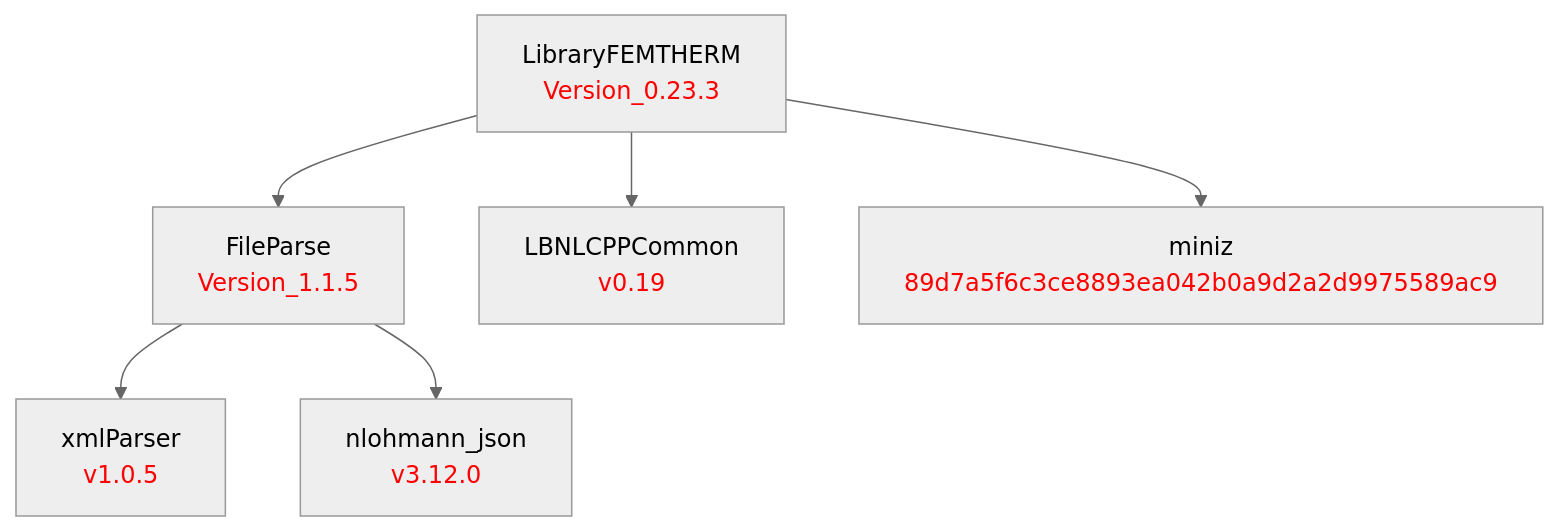
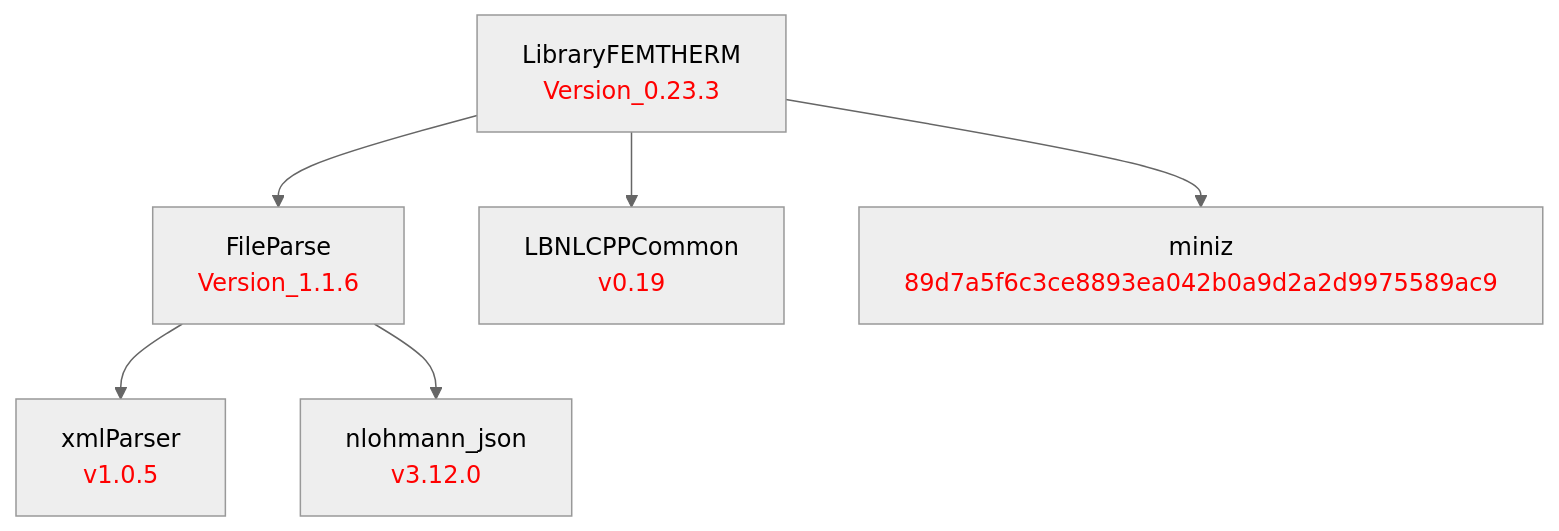
One commit to LBNL-ETA/LibraryFEMTherm changed the diagram in doc/LibraryFEMTHERM.md. Above: the diagram before and after it, drawn with Mermaid (neutral theme). The commit also changed 2 other files, not shown here.

Commit message:
Pin FileParse to Version_1.1.6 and restore the mock adapter concept assert

````diff
--- a/doc/LibraryFEMTHERM.md
+++ b/doc/LibraryFEMTHERM.md
@@ -1,17 +1,17 @@
 ```mermaid
 graph TD
     %% Package definitions
     xmlParser[xmlParser<br/><font color='red'>v1.0.5</font>]
     nlohmann_json[nlohmann_json<br/><font color='red'>v3.12.0</font>]
-    FileParse[FileParse<br/><font color='red'>Version_1.1.5</font>]
+    FileParse[FileParse<br/><font color='red'>Version_1.1.6</font>]
     LBNLCPPCommon[LBNLCPPCommon<br/><font color='red'>v0.19</font>]
     miniz[miniz<br/><font color='red'>89d7a5f6c3ce8893ea042b0a9d2a2d9975589ac9</font>]
     LibraryFEMTHERM[LibraryFEMTHERM<br/><font color='red'>Version_0.23.3</font>]
 
     %% Package relations
     LibraryFEMTHERM --> FileParse
     LibraryFEMTHERM --> LBNLCPPCommon
     LibraryFEMTHERM --> miniz
     FileParse --> xmlParser
     FileParse --> nlohmann_json
 ```
````
